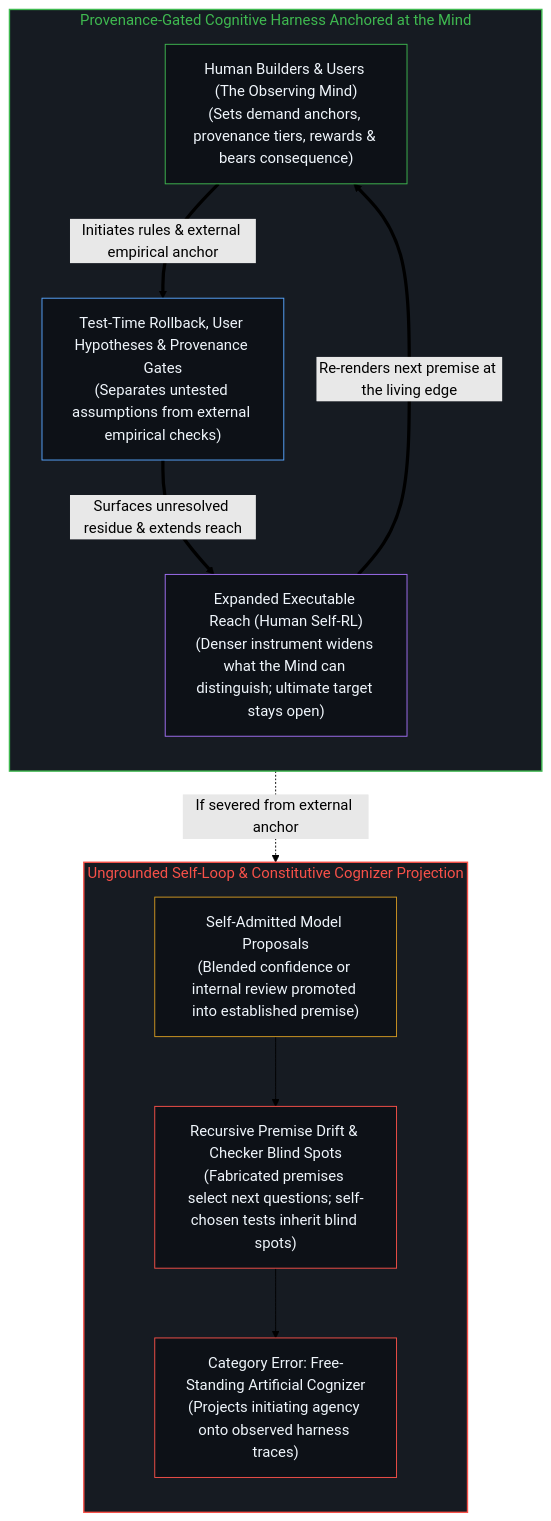
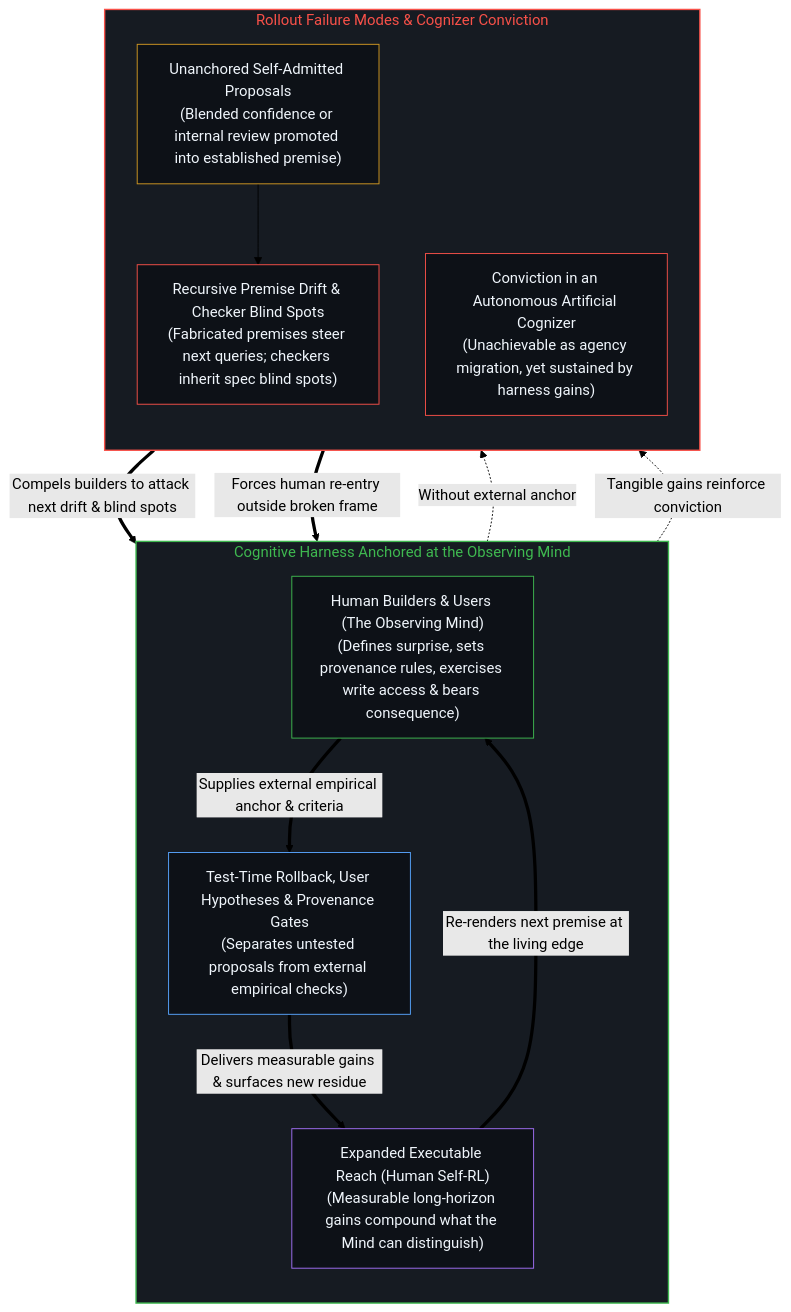
The fourth of 4 diagrams in content/posts/eternally-wrong-questions-that-haunt-practice.md (powerpig99/not-a-toe), drawn with Mermaid (forest theme) before and after one commit. The commit also changed other lines of this file and 3 other files, not shown here.

````diff
--- a/content/posts/eternally-wrong-questions-that-haunt-practice.md
+++ b/content/posts/eternally-wrong-questions-that-haunt-practice.md
@@ -130,28 +143,31 @@
 ```mermaid
 flowchart TD
-    subgraph S_Proj["Ungrounded Self-Loop & Constitutive Cognizer Projection"]
+    subgraph S_Harness["Cognitive Harness Anchored at the Observing Mind"]
         direction TB
-        UNV["Self-Admitted Model Proposals<br/>(Blended confidence or internal review promoted into established premise)"]
-        DRIFT["Recursive Premise Drift & Checker Blind Spots<br/>(Fabricated premises select next questions; self-chosen tests inherit blind spots)"]
-        MYTH["Category Error: Free-Standing Artificial Cognizer<br/>(Projects initiating agency onto observed harness traces)"]
-        UNV --> DRIFT --> MYTH
-    end
-    subgraph S_Harness["Provenance-Gated Cognitive Harness Anchored at the Mind"]
-        direction TB
-        MIND["Human Builders & Users (The Observing Mind)<br/>(Sets demand anchors, provenance tiers, rewards & bears consequence)"]
-        HARN["Test-Time Rollback, User Hypotheses & Provenance Gates<br/>(Separates untested assumptions from external empirical checks)"]
-        EXT["Expanded Executable Reach (Human Self-RL)<br/>(Denser instrument widens what the Mind can distinguish; ultimate target stays open)"]
-        MIND ==>|"Initiates rules & external empirical anchor"| HARN
-        HARN ==>|"Surfaces unresolved residue & extends reach"| EXT
+        MIND["Human Builders & Users (The Observing Mind)<br/>(Defines surprise, sets provenance rules, exercises write access & bears consequence)"]
+        HARN["Test-Time Rollback, User Hypotheses & Provenance Gates<br/>(Separates untested proposals from external empirical checks)"]
+        EXT["Expanded Executable Reach (Human Self-RL)<br/>(Measurable long-horizon gains compound what the Mind can distinguish)"]
+        MIND ==>|"Supplies external empirical anchor & criteria"| HARN
+        HARN ==>|"Delivers measurable gains & surfaces new residue"| EXT
         EXT ==>|"Re-renders next premise at the living edge"| MIND
     end
-    HARN -. "If severed from external anchor" .-> UNV
+    subgraph S_Proj["Rollout Failure Modes & Cognizer Conviction"]
+        direction TB
+        UNV["Unanchored Self-Admitted Proposals<br/>(Blended confidence or internal review promoted into established premise)"]
+        DRIFT["Recursive Premise Drift & Checker Blind Spots<br/>(Fabricated premises steer next queries; checkers inherit spec blind spots)"]
+        MYTH["Conviction in an Autonomous Artificial Cognizer<br/>(Unachievable as agency migration, yet sustained by harness gains)"]
+        UNV --> DRIFT
+    end
+    HARN -. "Without external anchor" .-> UNV
+    EXT -. "Tangible gains reinforce conviction" .-> MYTH
+    MYTH ==>|"Compels builders to attack next drift & blind spots"| MIND
+    DRIFT ==>|"Forces human re-entry outside broken frame"| MIND
+    style S_Harness fill:#161b22,stroke:#3fb950,stroke-width:1.5px,color:#3fb950
     style S_Proj fill:#161b22,stroke:#f85149,stroke-width:1.5px,color:#f85149
-    style S_Harness fill:#161b22,stroke:#3fb950,stroke-width:1.5px,color:#3fb950
+    style MIND fill:#0d1117,stroke:#3fb950,stroke-width:1px,color:#f0f6fc
+    style HARN fill:#0d1117,stroke:#58a6ff,stroke-width:1px,color:#f0f6fc
+    style EXT fill:#0d1117,stroke:#a371f7,stroke-width:1px,color:#f0f6fc
     style UNV fill:#0d1117,stroke:#d29922,stroke-width:1px,color:#f0f6fc
     style DRIFT fill:#0d1117,stroke:#f85149,stroke-width:1px,color:#f0f6fc
     style MYTH fill:#0d1117,stroke:#f85149,stroke-width:1px,color:#f0f6fc
-    style MIND fill:#0d1117,stroke:#3fb950,stroke-width:1px,color:#f0f6fc
-    style HARN fill:#0d1117,stroke:#58a6ff,stroke-width:1px,color:#f0f6fc
-    style EXT fill:#0d1117,stroke:#a371f7,stroke-width:1px,color:#f0f6fc
 ```
````
